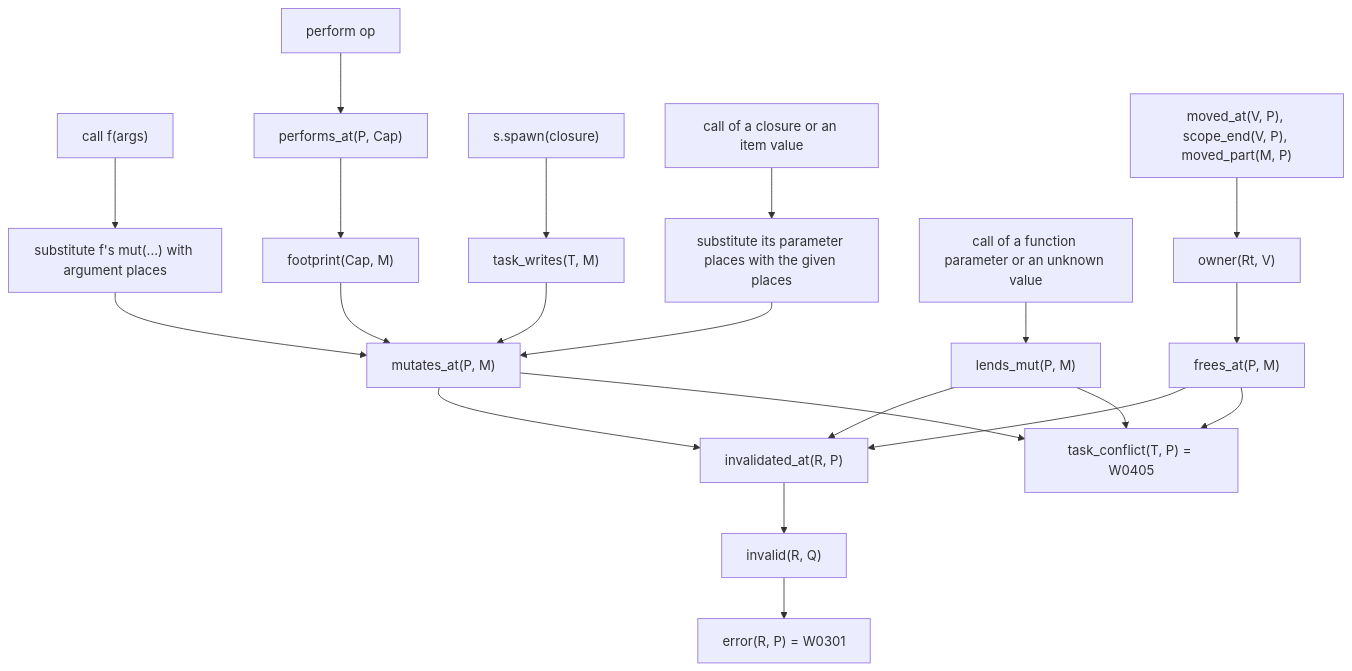
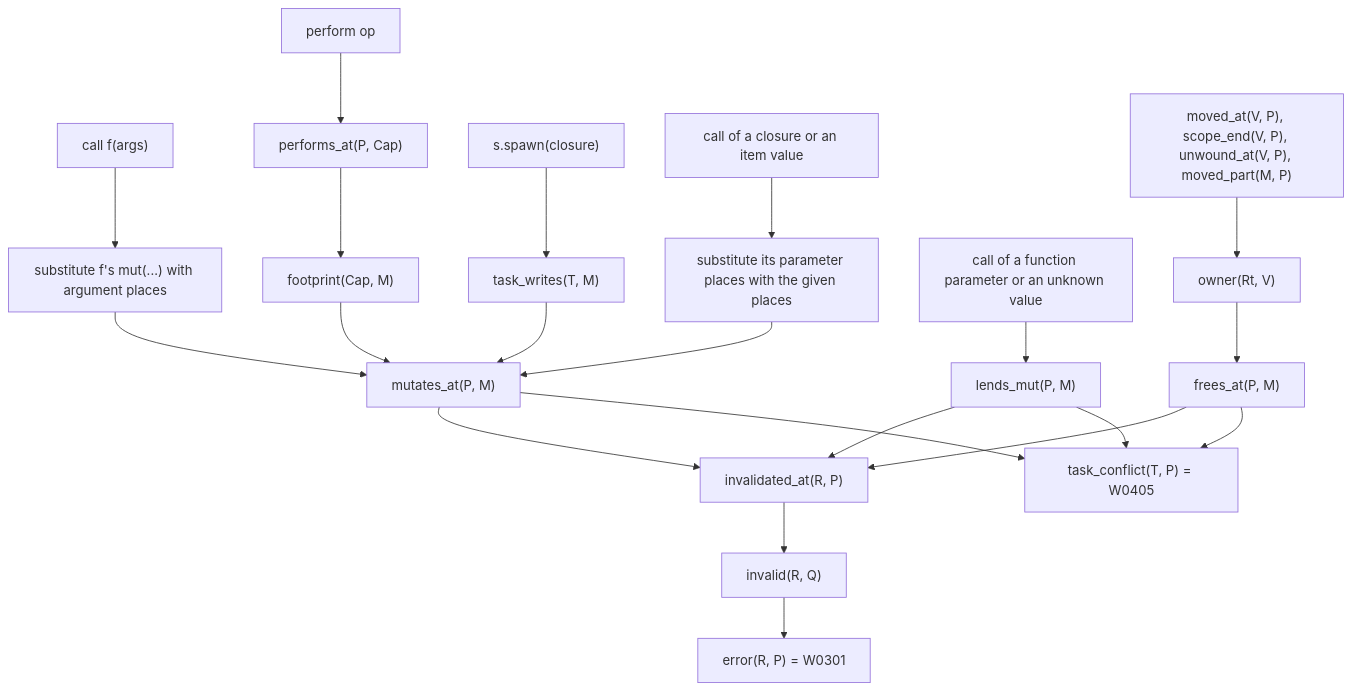
Before and after one commit to madmax983/weft: the second of 3 diagrams in docs/architecture.md, drawn with Mermaid. The commit also changed other lines of this file and 34 other files, not shown here.

First line of the commit message:
Sema, spec: S5a review fixes for abort paths and value flow

````diff
--- a/docs/architecture.md
+++ b/docs/architecture.md
@@ -25,13 +25,13 @@
 ```mermaid
 flowchart TD
     call["call f(args)"] --> subst["substitute f's mut(...) with argument places"] --> mut["mutates_at(P, M)"]
     perform["perform op"] --> cap["performs_at(P, Cap)"] --> fp["footprint(Cap, M)"] --> mut
     spawn["s.spawn(closure)"] --> tw["task_writes(T, M)"] --> mut
     value["call of a closure or an item value"] --> given["substitute its parameter places with the given places"] --> mut
     unknown["call of a function parameter or an unknown value"] --> lend["lends_mut(P, M)"] --> inv
     lend --> tc
     mut --> inv["invalidated_at(R, P)"] --> invalid["invalid(R, Q)"] --> err["error(R, P) = W0301"]
-    drop["moved_at(V, P), scope_end(V, P), moved_part(M, P)"] --> own["owner(Rt, V)"] --> frees["frees_at(P, M)"] --> inv
+    drop["moved_at(V, P), scope_end(V, P), unwound_at(V, P), moved_part(M, P)"] --> own["owner(Rt, V)"] --> frees["frees_at(P, M)"] --> inv
     frees --> tc["task_conflict(T, P) = W0405"]
     mut --> tc
 ```
````
